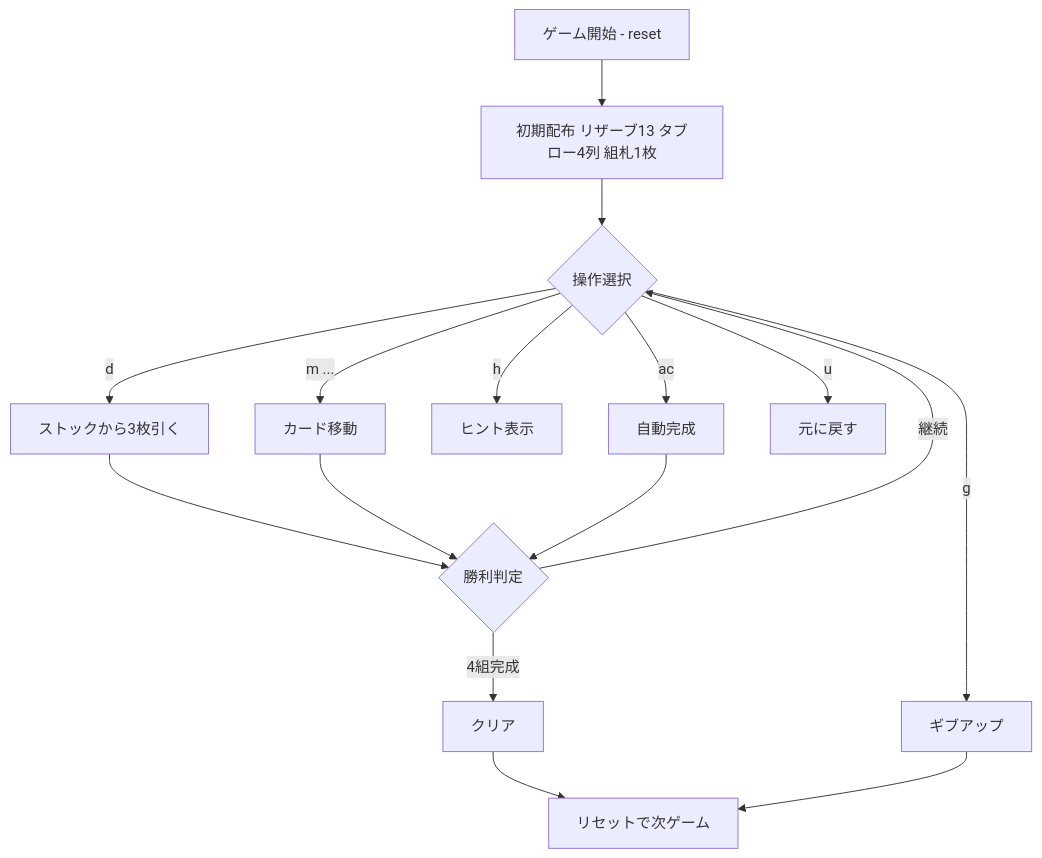
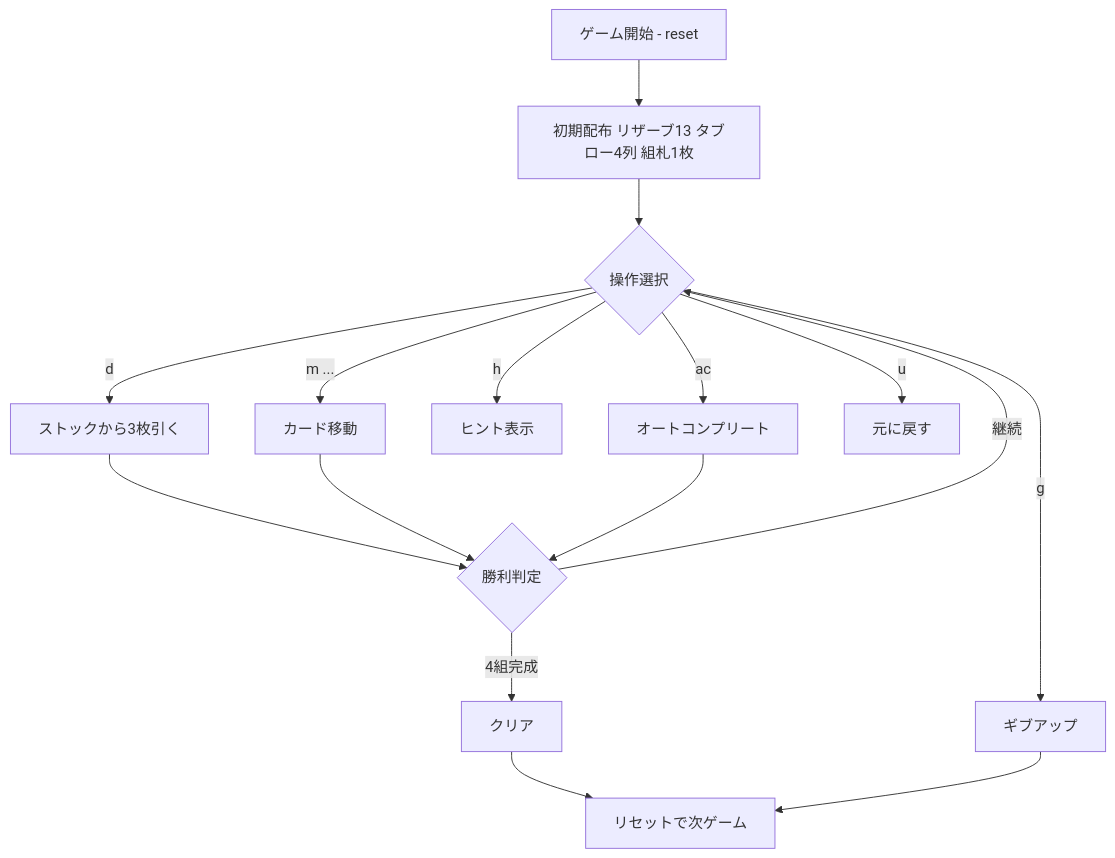
The diagram in docs/manual/cui/canfield.md (yuta-yoshinaga/go_trumpcards), drawn with Mermaid before and after one commit. The commit also changed other lines of this file and 115 other files, not shown here.

````diff
--- a/docs/manual/cui/canfield.md
+++ b/docs/manual/cui/canfield.md
@@ -23,18 +23,18 @@
 ```mermaid
 flowchart TD
     A[ゲーム開始 - reset] --> B[初期配布 リザーブ13 タブロー4列 組札1枚]
     B --> C{操作選択}
     C -->|d| D[ストックから3枚引く]
     C -->|m ...| E[カード移動]
     C -->|h| F[ヒント表示]
-    C -->|ac| G[自動完成]
+    C -->|ac| G[オートコンプリート]
     C -->|u| H[元に戻す]
     D --> I{勝利判定}
     E --> I
     G --> I
     I -->|4組完成| J[クリア]
     I -->|継続| C
     C -->|g| K[ギブアップ]
     J --> L[リセットで次ゲーム]
     K --> L
 ```
````
